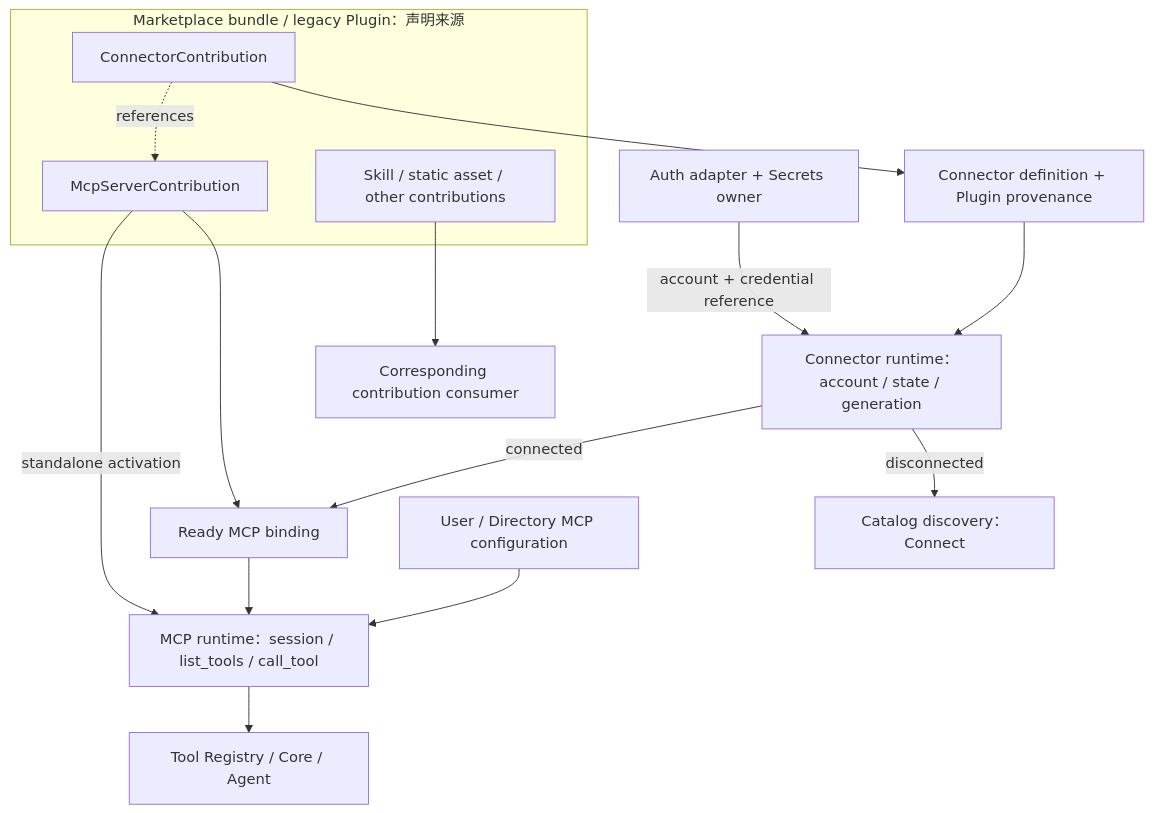
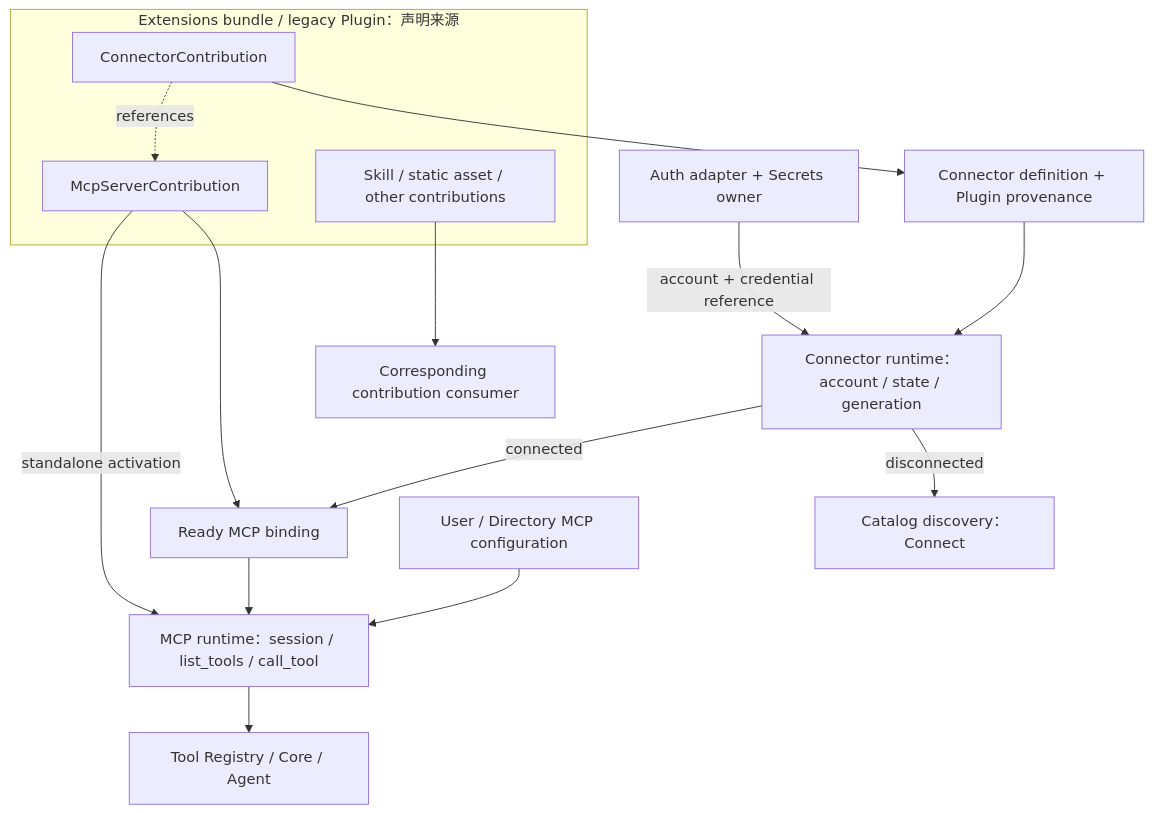
One commit to chogng/ash changed the first of 2 diagrams in docs/connectors.md. Above: the diagram before and after it, drawn with Mermaid. The commit also changed other lines of this file and 342 other files, not shown here.

First line of the commit message:
refactor: rename Marketplace references to Extensions in tests

````diff
--- a/docs/connectors.md
+++ b/docs/connectors.md
@@ -46,21 +46,21 @@
 ```mermaid
 flowchart TD
-    subgraph P["Marketplace bundle / legacy Plugin：声明来源"]
+    subgraph P["Extensions bundle / legacy Plugin：声明来源"]
         PC["ConnectorContribution"]
         PM["McpServerContribution"]
         PO["Skill / static asset / other contributions"]
     end
 
     PC -. "references" .-> PM
     PC --> CP["Connector definition + Plugin provenance"]
     CP --> C["Connector runtime：account / state / generation"]
     A["Auth adapter + Secrets owner"] -->|"account + credential reference"| C
     C -->|"connected"| B["Ready MCP binding"]
     C -->|"disconnected"| D["Catalog discovery：Connect"]
     PM -->|"standalone activation"| M["MCP runtime：session / list_tools / call_tool"]
     PM --> B
     U["User / Directory MCP configuration"] --> M
     B --> M
     M --> T["Tool Registry / Core / Agent"]
     PO --> O["Corresponding contribution consumer"]
 ```
````
